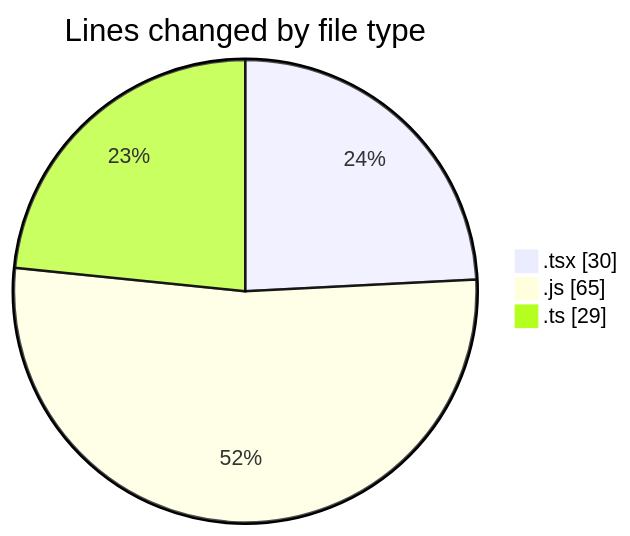
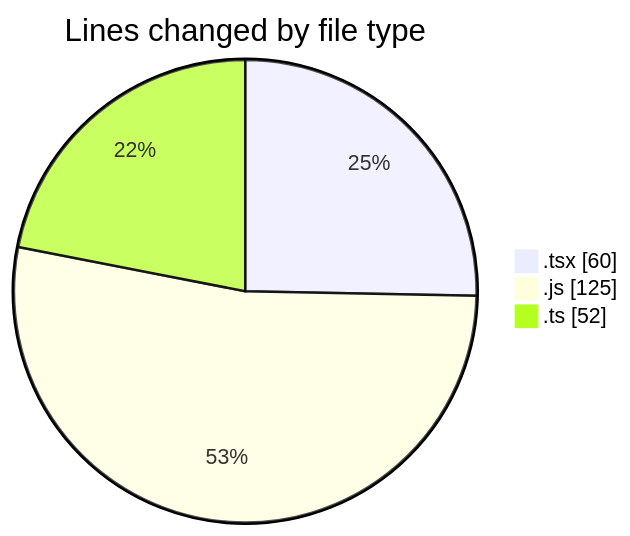
Before and after one commit to momahboobian/code-tracking: the first of 2 diagrams in 2026-04-17/cda/README.md, drawn with Mermaid. The commit also changed other lines of this file and 1 other file, not shown here.

````diff
--- a/2026-04-17/cda/README.md
+++ b/2026-04-17/cda/README.md
@@ -27,7 +27,7 @@
 ```mermaid
 pie showData
 title Lines changed by file type
-".tsx" : 30
-".js" : 65
-".ts" : 29
+".tsx" : 60
+".js" : 125
+".ts" : 52
 ```
````
